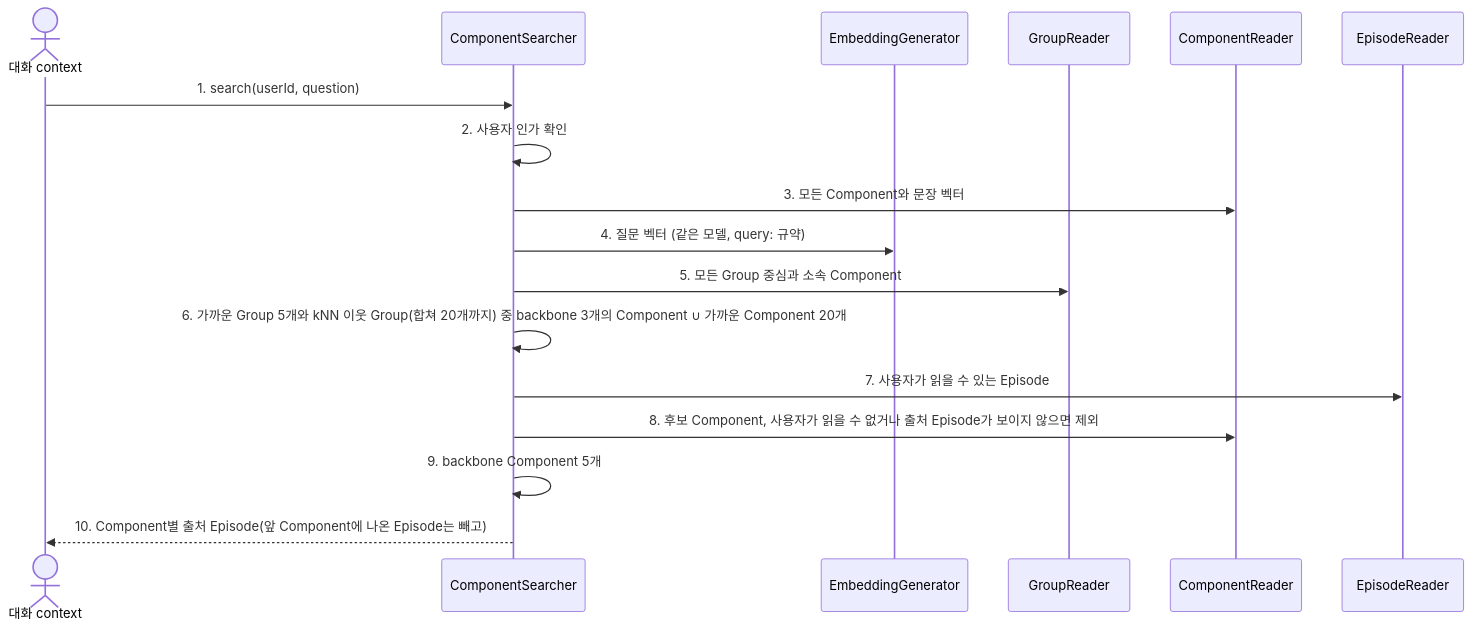
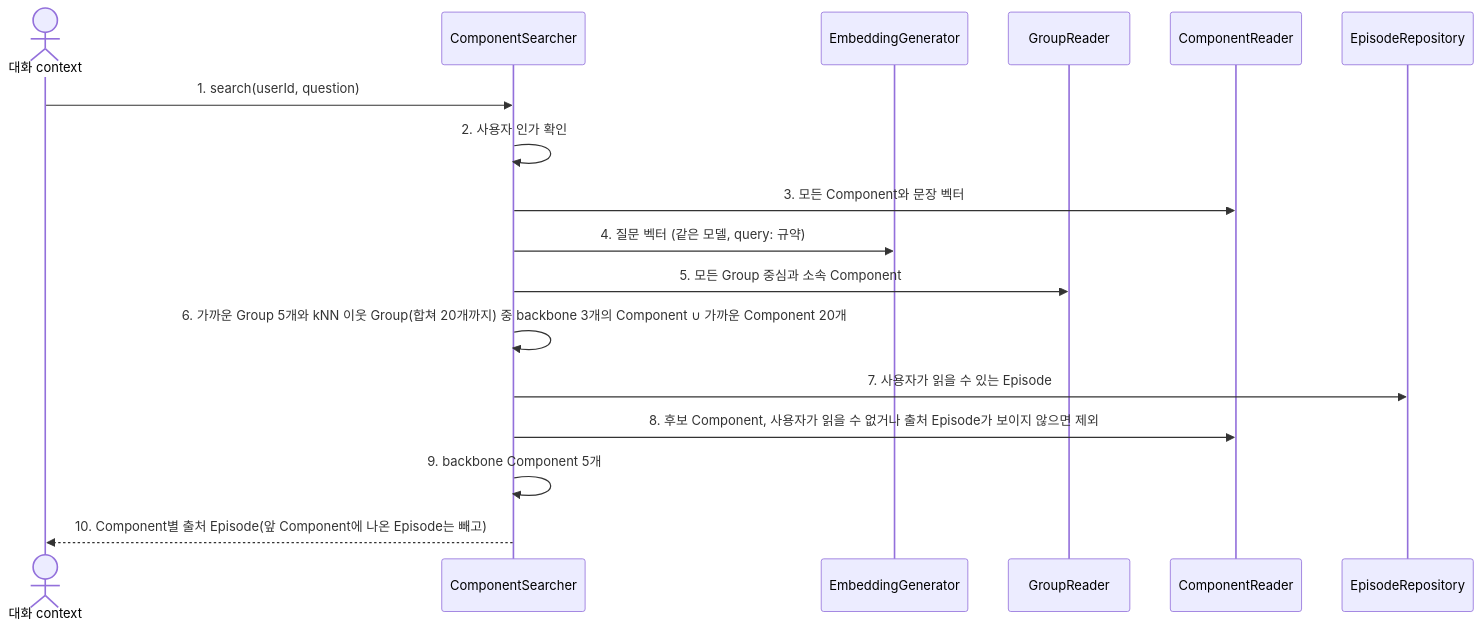
The second of 2 diagrams in application/src/main/kotlin/com/homeassistant/application/usecase/memoryextraction/component/README.md (magenta1223/home_assistant), drawn with Mermaid before and after one commit. The commit also changed 26 other files, not shown here.

Commit message:
refactor: Merge episode reader and writer into EpisodeRepository

````diff
--- a/application/src/main/kotlin/com/homeassistant/application/usecase/memoryextraction/component/README.md
+++ b/application/src/main/kotlin/com/homeassistant/application/usecase/memoryextraction/component/README.md
@@ -64,19 +64,19 @@
 ```mermaid
 sequenceDiagram
     actor Caller as 대화 context
     participant Search as ComponentSearcher
     participant Query as EmbeddingGenerator
     participant Groups as GroupReader
     participant Components as ComponentReader
-    participant Episodes as EpisodeReader
+    participant Episodes as EpisodeRepository
     Caller->>Search: 1. search(userId, question)
     Search->>Search: 2. 사용자 인가 확인
     Search->>Components: 3. 모든 Component와 문장 벡터
     Search->>Query: 4. 질문 벡터 (같은 모델, query: 규약)
     Search->>Groups: 5. 모든 Group 중심과 소속 Component
     Search->>Search: 6. 가까운 Group 5개와 kNN 이웃 Group(합쳐 20개까지) 중 backbone 3개의 Component ∪ 가까운 Component 20개
     Search->>Episodes: 7. 사용자가 읽을 수 있는 Episode
     Search->>Components: 8. 후보 Component, 사용자가 읽을 수 없거나 출처 Episode가 보이지 않으면 제외
     Search->>Search: 9. backbone Component 5개
     Search-->>Caller: 10. Component별 출처 Episode(앞 Component에 나온 Episode는 빼고)
 ```
````
